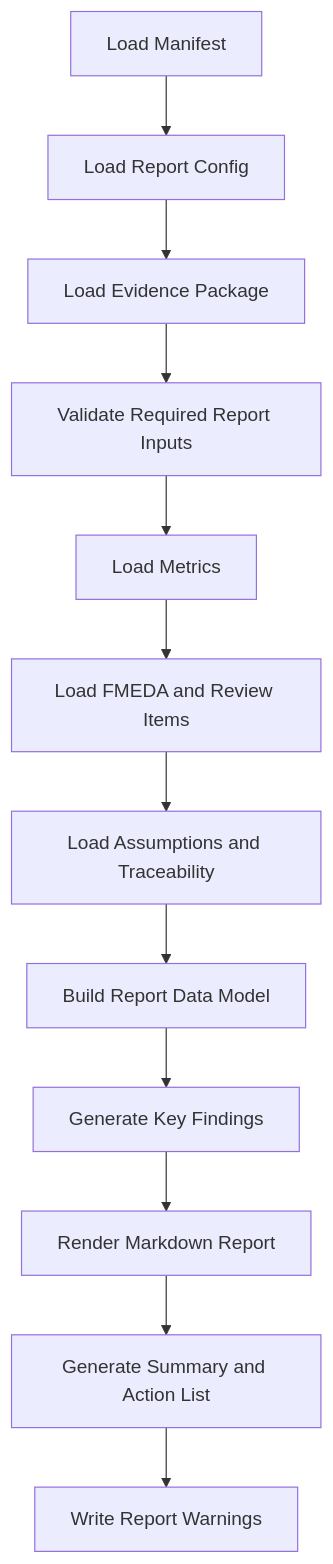
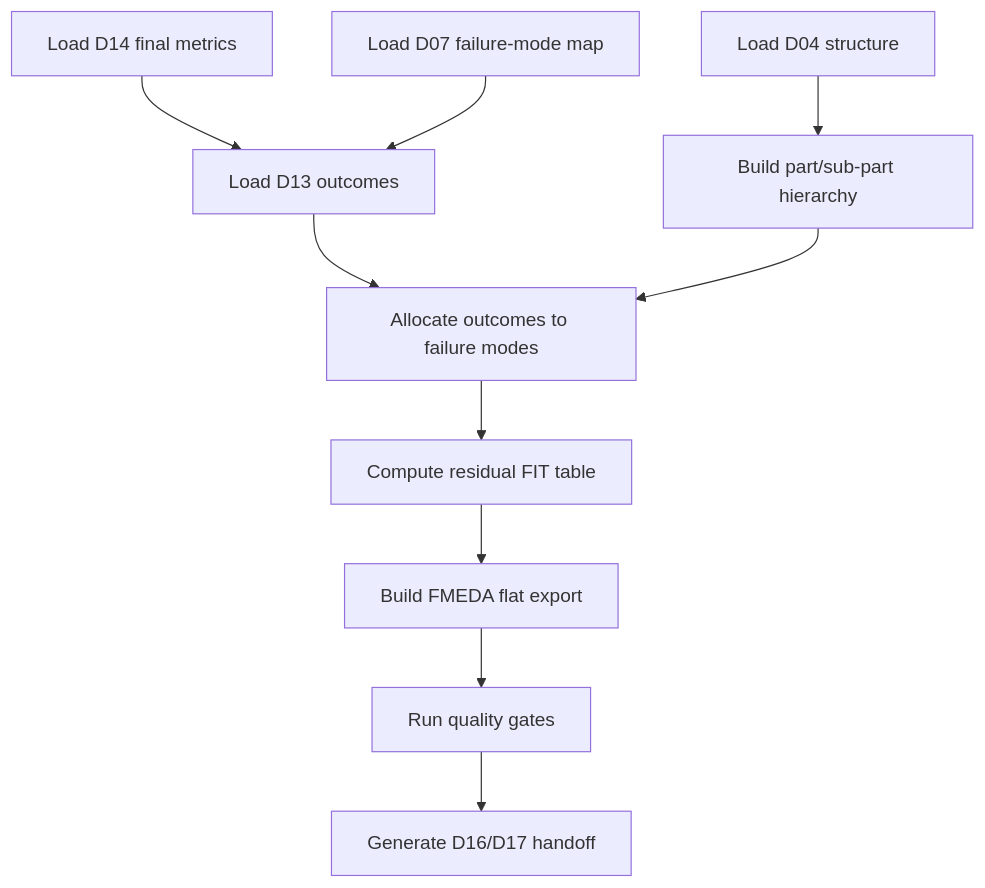
Before and after one commit to qiqixixi1001/automotive-safeic-practice: diagram 11 of 12 in articles/15_automotive_safeic_practice_d15_github_en_safety_report_generation.md, drawn with Mermaid. The commit also changed other lines of this file, not shown here.

````diff
--- a/articles/15_automotive_safeic_practice_d15_github_en_safety_report_generation.md
+++ b/articles/15_automotive_safeic_practice_d15_github_en_safety_report_generation.md
@@ -1067,14 +1106,12 @@
 ```mermaid
 flowchart TD
-    A[Load Manifest] --> B[Load Report Config]
-    B --> C[Load Evidence Package]
-    C --> D[Validate Required Report Inputs]
-    D --> E[Load Metrics]
-    E --> F[Load FMEDA and Review Items]
-    F --> G[Load Assumptions and Traceability]
-    G --> H[Build Report Data Model]
-    H --> I[Generate Key Findings]
-    I --> J[Render Markdown Report]
-    J --> K[Generate Summary and Action List]
-    K --> L[Write Report Warnings]
+    A[Load D14 final metrics] --> B[Load D13 outcomes]
+    C[Load D07 failure-mode map] --> B
+    D[Load D04 structure] --> E[Build part/sub-part hierarchy]
+    B --> F[Allocate outcomes to failure modes]
+    E --> F
+    F --> G[Compute residual FIT table]
+    G --> H[Build FMEDA flat export]
+    H --> I[Run quality gates]
+    I --> J[Generate D16/D17 handoff]
 ```
````
